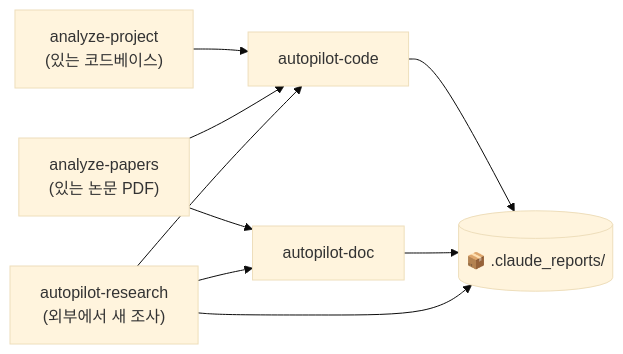
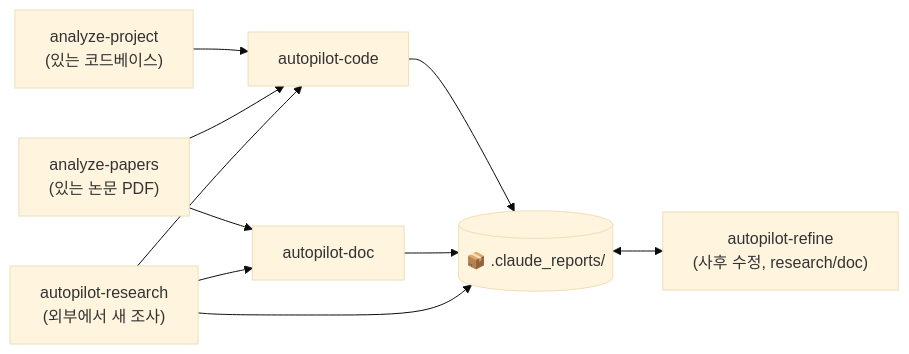
Before and after one commit to dmlguq456/agent_setting: the first of 2 diagrams in README.md, drawn with Mermaid (base theme). The commit also changed other lines of this file and 2 other files, not shown here.

First line of the commit message:
skills(autopilot-refine): rename quick-refine + integrate into autopilot family

````diff
--- a/README.md
+++ b/README.md
@@ -12,17 +12,19 @@
 ```mermaid
 flowchart LR
     AP["analyze-project<br/>(있는 코드베이스)"]
     ARP["analyze-papers<br/>(있는 논문 PDF)"]
     R["autopilot-research<br/>(외부에서 새 조사)"]
     C["autopilot-code"]
     D["autopilot-doc"]
+    REF["autopilot-refine<br/>(사후 수정, research/doc)"]
     OUT[("📦 .claude_reports/")]
     AP --> C
     ARP --> C
     ARP --> D
     R --> D
     R --> C
     C --> OUT
     D --> OUT
     R --> OUT
+    OUT <--> REF
 ```
````
